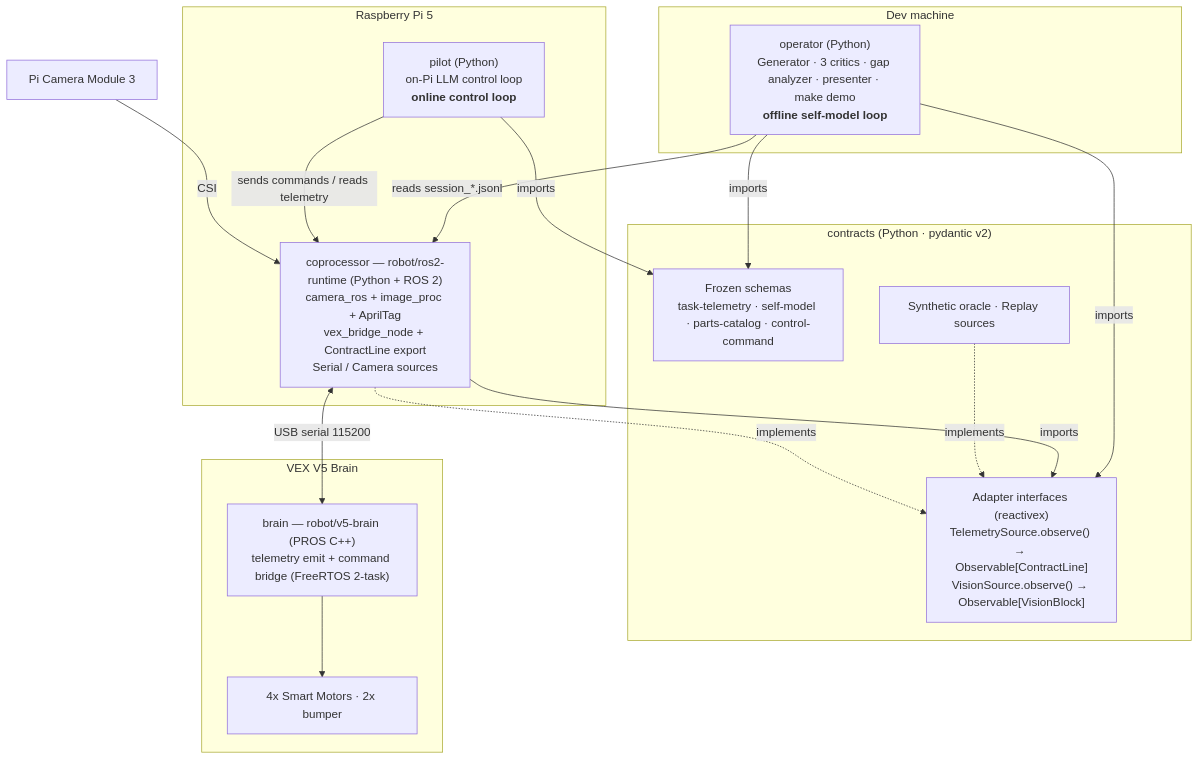
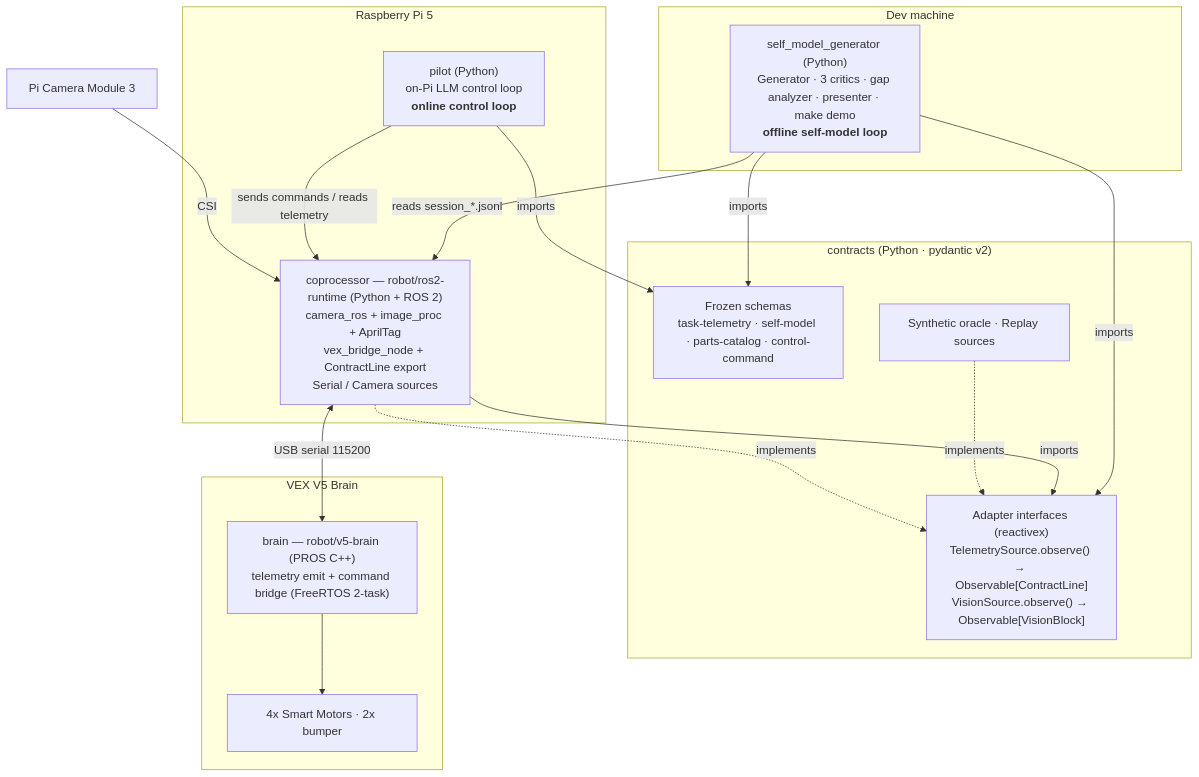
One commit to codewizard-dt/llm-self-model-capstone changed the first of 2 diagrams in ARCHITECTURE.md. Above: the diagram before and after it, drawn with Mermaid. The commit also changed other lines of this file and 8 other files, not shown here.

Commit message:
Align self-model generator naming

````diff
--- a/ARCHITECTURE.md
+++ b/ARCHITECTURE.md
@@ -15,32 +15,32 @@
 ```mermaid
 flowchart TB
   subgraph dev["Dev machine"]
-    OP["operator (Python)<br/>Generator · 3 critics · gap analyzer · presenter · make demo<br/><b>offline self-model loop</b>"]
+    OP["self_model_generator (Python)<br/>Generator · 3 critics · gap analyzer · presenter · make demo<br/><b>offline self-model loop</b>"]
   end
   subgraph contracts["contracts (Python · pydantic v2)"]
     SCH["Frozen schemas<br/>task-telemetry · self-model · parts-catalog · control-command"]
     ADP["Adapter interfaces (reactivex)<br/>TelemetrySource.observe() → Observable[ContractLine]<br/>VisionSource.observe() → Observable[VisionBlock]"]
     ORC["Synthetic oracle · Replay sources"]
   end
   subgraph pi["Raspberry Pi 5"]
     PILOT["pilot (Python)<br/>on-Pi LLM control loop<br/><b>online control loop</b>"]
     COPRO["coprocessor — robot/ros2-runtime (Python + ROS 2)<br/>camera_ros + image_proc + AprilTag<br/>vex_bridge_node + ContractLine export<br/>Serial / Camera sources"]
   end
   subgraph v5["VEX V5 Brain"]
     BRAIN["brain — robot/v5-brain (PROS C++)<br/>telemetry emit + command bridge (FreeRTOS 2-task)"]
     MOTORS["4x Smart Motors · 2x bumper"]
   end
   CAM["Pi Camera Module 3"]
 
   OP -->|imports| SCH
   OP -->|imports| ADP
   PILOT -->|imports| SCH
   COPRO -->|imports| ADP
   ORC -.implements.-> ADP
   COPRO -.implements.-> ADP
   OP -->|reads session_*.jsonl| COPRO
   PILOT -->|sends commands / reads telemetry| COPRO
   COPRO <-->|USB serial 115200| BRAIN
   CAM -->|CSI| COPRO
   BRAIN --> MOTORS
 ```
````
